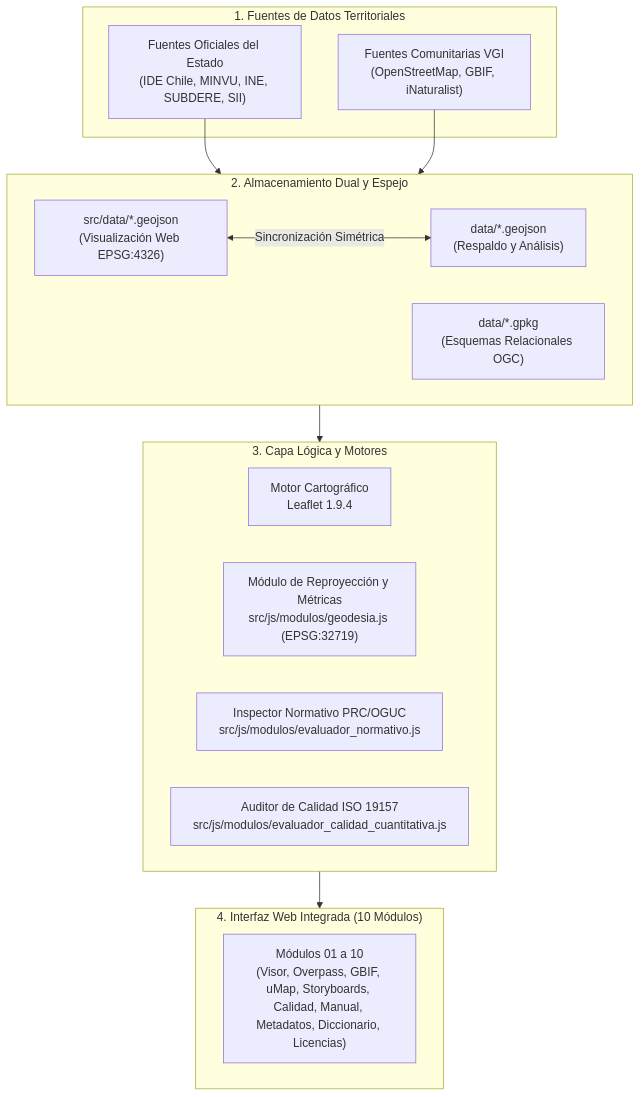
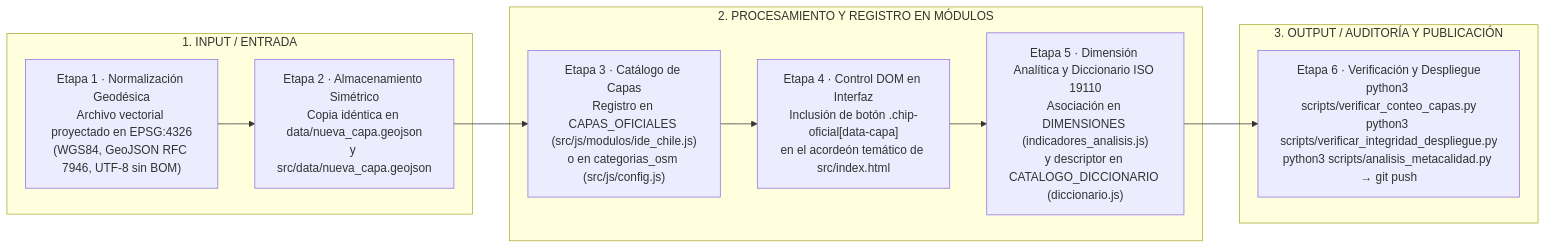
One commit to GEOJOTA/atlas_vgi_territorial changed the first of 2 diagrams in CONTRIBUTING.md. Above: the diagram before and after it, drawn with Mermaid. The commit also changed other lines of this file and 39 other files, not shown here.

Commit message:
docs(proyecto,web): actualizar todos los documentos del proyecto con diagramas pipeline, rutas verificables y coherencia total con la plataforma web

````diff
--- a/CONTRIBUTING.md
+++ b/CONTRIBUTING.md
@@ -91,29 +16,19 @@
 ```mermaid
-flowchart TD
-    subgraph Fuentes ["1. Fuentes de Datos Territoriales"]
-        A1["Fuentes Oficiales del Estado<br/>(IDE Chile, MINVU, INE, SUBDERE, SII)"]
-        A2["Fuentes Comunitarias VGI<br/>(OpenStreetMap, GBIF, iNaturalist)"]
+flowchart LR
+    subgraph IN["1. INPUT / ENTRADA"]
+        S1["Etapa 1 · Normalización Geodésica<br/>Archivo vectorial proyectado en EPSG:4326<br/>(WGS84, GeoJSON RFC 7946, UTF-8 sin BOM)"]
+        S2["Etapa 2 · Almacenamiento Simétrico<br/>Copia idéntica en data/nueva_capa.geojson<br/>y src/data/nueva_capa.geojson"]
     end
 
-    subgraph Almacenamiento ["2. Almacenamiento Dual y Espejo"]
-        B1["src/data/*.geojson<br/>(Visualización Web EPSG:4326)"]
-        B2["data/*.geojson<br/>(Respaldo y Análisis)"]
-        B3["data/*.gpkg<br/>(Esquemas Relacionales OGC)"]
-        B1 <-->|Sincronización Simétrica| B2
+    subgraph PROC["2. PROCESAMIENTO Y REGISTRO EN MÓDULOS"]
+        S3["Etapa 3 · Catálogo de Capas<br/>Registro en CAPAS_OFICIALES (src/js/modulos/ide_chile.js)<br/>o en categorias_osm (src/js/config.js)"]
+        S4["Etapa 4 · Control DOM en Interfaz<br/>Inclusión de botón .chip-oficial[data-capa]<br/>en el acordeón temático de src/index.html"]
+        S5["Etapa 5 · Dimensión Analítica y Diccionario ISO 19110<br/>Asociación en DIMENSIONES (indicadores_analisis.js)<br/>y descriptor en CATALOGO_DICCIONARIO (diccionario.js)"]
     end
 
-    subgraph Logica ["3. Capa Lógica y Motores"]
-        C1["Motor Cartográfico<br/>Leaflet 1.9.4"]
-        C2["Módulo de Reproyección y Métricas<br/>src/js/modulos/geodesia.js (EPSG:32719)"]
-        C3["Inspector Normativo PRC/OGUC<br/>src/js/modulos/evaluador_normativo.js"]
-        C4["Auditor de Calidad ISO 19157<br/>src/js/modulos/evaluador_calidad_cuantitativa.js"]
+    subgraph OUT["3. OUTPUT / AUDITORÍA Y PUBLICACIÓN"]
+        S6["Etapa 6 · Verificación y Despliegue<br/>python3 scripts/verificar_conteo_capas.py<br/>python3 scripts/verificar_integridad_despliegue.py<br/>python3 scripts/analisis_metacalidad.py → git push"]
     end
 
-    subgraph UI ["4. Interfaz Web Integrada (10 Módulos)"]
-        D1["Módulos 01 a 10<br/>(Visor, Overpass, GBIF, uMap, Storyboards, Calidad, Manual, Metadatos, Diccionario, Licencias)"]
-    end
-
-    A1 & A2 --> Almacenamiento
-    Almacenamiento --> Logica
-    Logica --> UI
+    S1 --> S2 --> S3 --> S4 --> S5 --> S6
 ```
````
